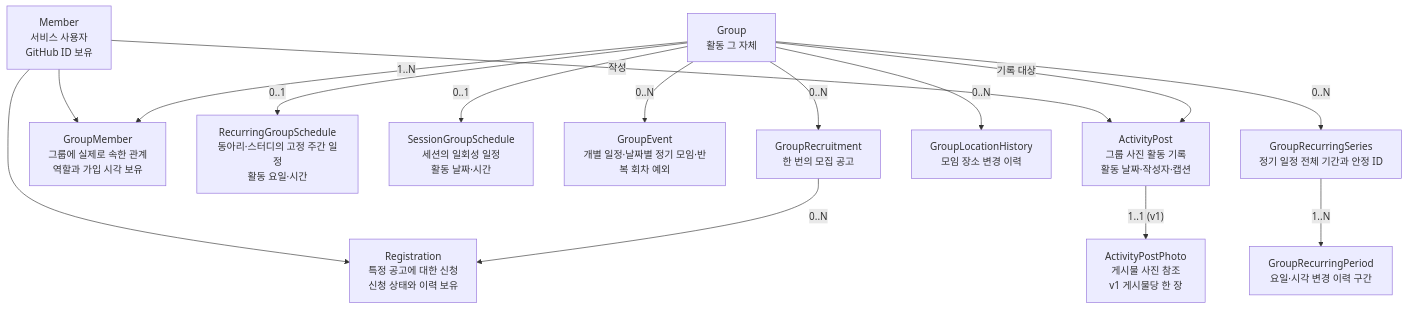
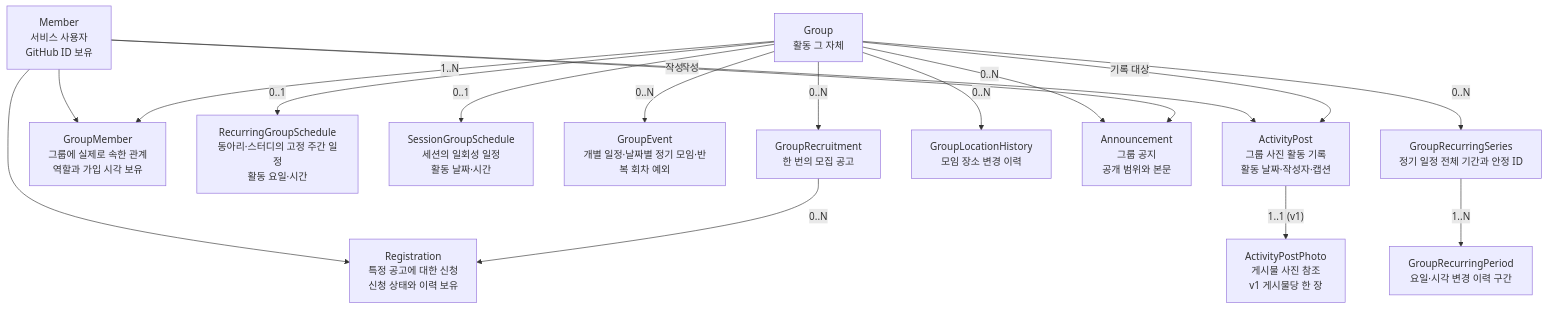
Before and after one commit to woowacourse-teams/2026-jarihana: the first of 2 diagrams in backend/docs/context/domain/model/README.md, drawn with Mermaid. The commit also changed other lines of this file and 57 other files, not shown here.

````diff
--- a/backend/docs/context/domain/model/README.md
+++ b/backend/docs/context/domain/model/README.md
@@ -18,31 +18,34 @@
 ```mermaid
 flowchart TD
     M["Member<br/>서비스 사용자<br/>GitHub ID 보유"]
     G["Group<br/>활동 그 자체"]
     R["GroupRecruitment<br/>한 번의 모집 공고"]
     Reg["Registration<br/>특정 공고에 대한 신청<br/>신청 상태와 이력 보유"]
     GM["GroupMember<br/>그룹에 실제로 속한 관계<br/>역할과 가입 시각 보유"]
     RS["RecurringGroupSchedule<br/>동아리·스터디의 고정 주간 일정<br/>활동 요일·시간"]
     SS["SessionGroupSchedule<br/>세션의 일회성 일정<br/>활동 날짜·시간"]
     GE["GroupEvent<br/>개별 일정·날짜별 정기 모임·반복 회차 예외"]
     GRS["GroupRecurringSeries<br/>정기 일정 전체 기간과 안정 ID"]
     GRP["GroupRecurringPeriod<br/>요일·시각 변경 이력 구간"]
     GLH["GroupLocationHistory<br/>모임 장소 변경 이력"]
+    AN["Announcement<br/>그룹 공지<br/>공개 범위와 본문"]
     AP["ActivityPost<br/>그룹 사진 활동 기록<br/>활동 날짜·작성자·캡션"]
     APP["ActivityPostPhoto<br/>게시물 사진 참조<br/>v1 게시물당 한 장"]
 
     M --> Reg
     M --> GM
     G -->|"0..N"| R
     G -->|"0..1"| RS
     G -->|"0..1"| SS
     G -->|"0..N"| GE
     G -->|"0..N"| GRS
     GRS -->|"1..N"| GRP
     G -->|"0..N"| GLH
+    G -->|"0..N"| AN
     G -->|"1..N"| GM
     R -->|"0..N"| Reg
     M -->|"작성"| AP
     G -->|"기록 대상"| AP
+    M -->|"작성"| AN
     AP -->|"1..1 (v1)"| APP
 ```
````
